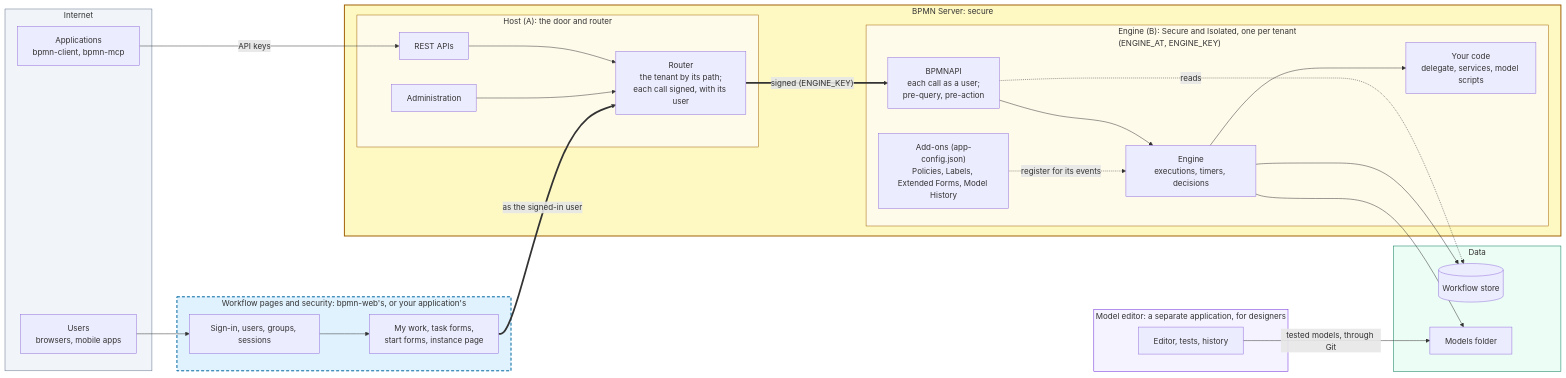
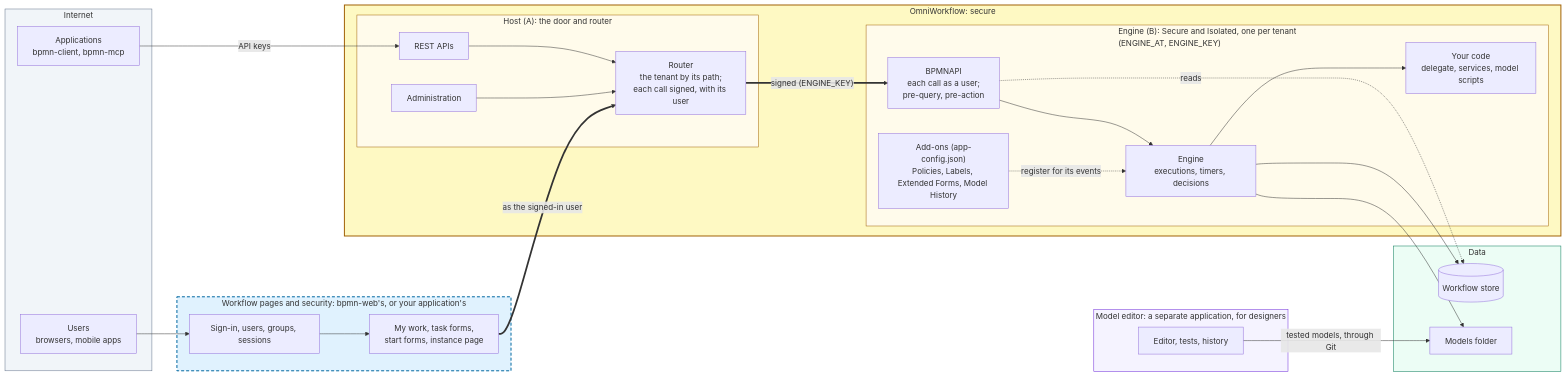
The first of 4 diagrams in docs/docs/architecture.md (bpmnServer/bpmn-server), drawn with Mermaid before and after one commit. The commit also changed other lines of this file and 39 other files, not shown here.

````diff
--- a/docs/docs/architecture.md
+++ b/docs/docs/architecture.md
@@ -72,63 +72,63 @@
 ```mermaid
 flowchart LR
   subgraph Internet["Internet"]
     People["Users<br/>browsers, mobile apps"]
     Others["Applications<br/>bpmn-client, bpmn-mcp"]
   end
 
   subgraph UIZone["Workflow pages and security: bpmn-web's, or your application's"]
     Sec["Sign-in, users, groups, sessions"]
     Pages["My work, task forms,<br/>start forms, instance page"]
     Sec --> Pages
   end
 
-  subgraph Core["BPMN Server: secure"]
+  subgraph Core["OmniWorkflow: secure"]
     subgraph HostZone["Host (A): the door and router"]
       REST["REST APIs"]
       Admin["Administration"]
       Router["Router<br/>the tenant by its path;<br/>each call signed, with its user"]
       REST --> Router
       Admin --> Router
     end
     subgraph EngineZone["Engine (B): Secure and Isolated, one per tenant <br/>(ENGINE_AT, ENGINE_KEY)"]
       API["BPMNAPI<br/>each call as a user;<br/>pre-query, pre-action"]
       Engine["Engine<br/>executions, timers, decisions"]
       Code["Your code<br/>delegate, services, model scripts"]
       AddOns["Add-ons (app-config.json)<br/>Policies, Labels, Extended Forms, Model History"]
       API --> Engine
       Engine --> Code
       AddOns -. "register for its events" .-> Engine
     end
   end
 
   subgraph DataZone["Data"]
     Store[("Workflow store")]
     Models["Models folder"]
   end
 
   subgraph EditorZone["Model editor: a separate application, for designers"]
     Editor["Editor, tests, history"]
   end
 
   People --> Sec
   Others -- "API keys" --> REST
   Pages == "as the signed-in user" ==> Router
   Router == "signed (ENGINE_KEY)" ==> API
   API -. "reads" .-> Store
   Engine --> Store
   Engine --> Models
   Editor -- "tested models, through Git" --> Models
 
   classDef outside fill:#f1f5f9,stroke:#64748b,stroke-width:1px
   classDef replace fill:#e0f2fe,stroke:#0369a1,stroke-width:2px,stroke-dasharray:6 4
   classDef private fill:#fef9c3,stroke:#a16207,stroke-width:2px
   classDef inner fill:#fffbeb,stroke:#a16207,stroke-width:1px
   classDef data fill:#ecfdf5,stroke:#047857,stroke-width:1px
   classDef design fill:#f5f3ff,stroke:#6d28d9,stroke-width:1px
   class Internet outside
   class UIZone replace
   class Core private
   class HostZone,EngineZone inner
   class DataZone data
   class EditorZone design
 ```
````
